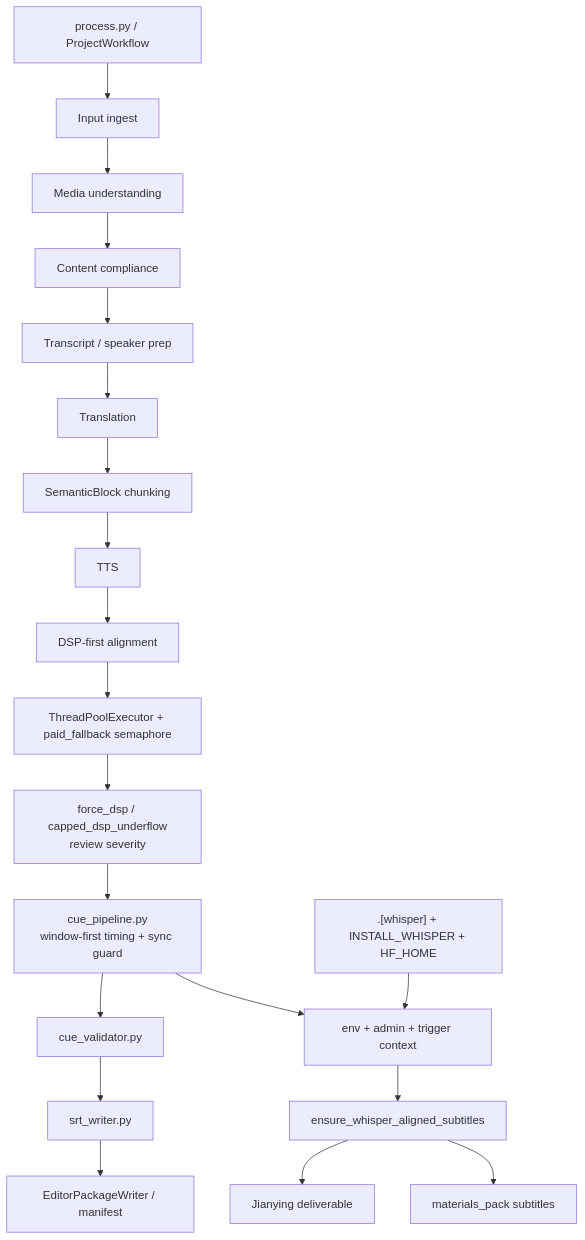
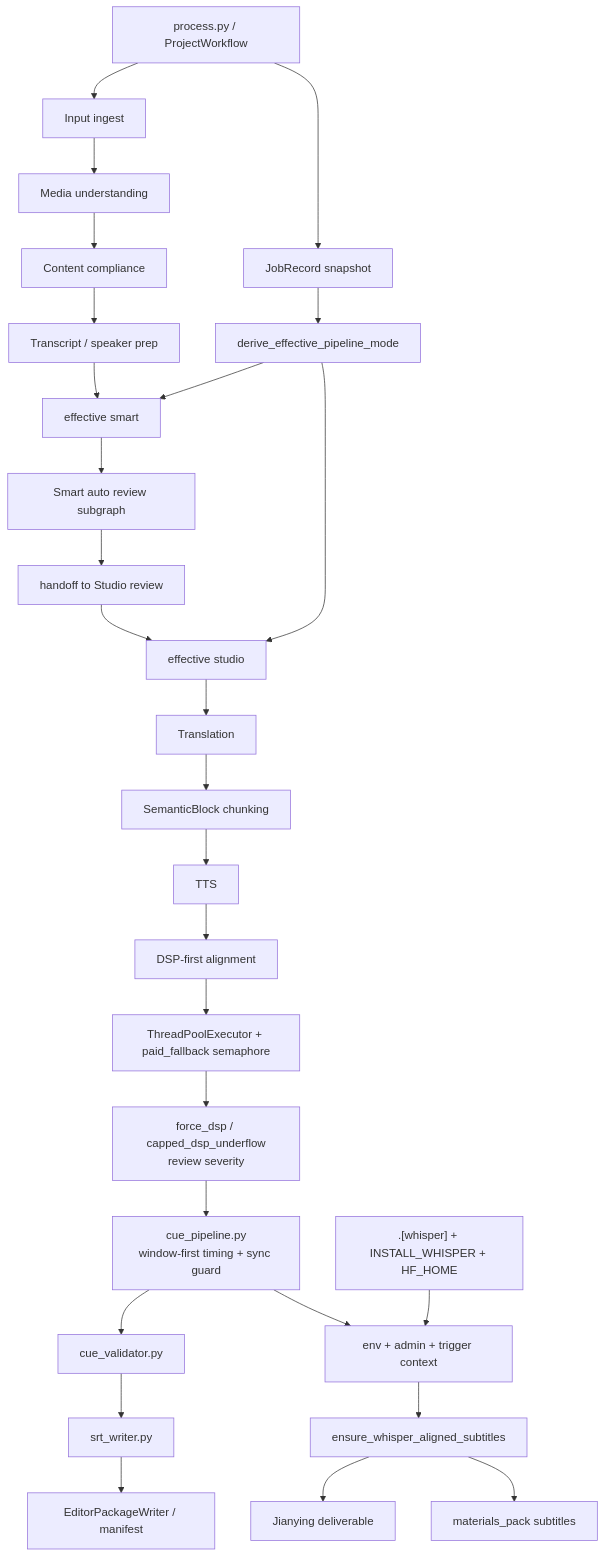
The diagram in docs/graphs/GITNEXUS_WORKFLOW_CORE_GRAPH.md (sun9bear/AITransVideo), drawn with Mermaid before and after one commit. The commit also changed other lines of this file and 12 other files, not shown here.

Commit message:
docs(graphs): refresh GitNexus graphs to d56ac1c

````diff
--- a/docs/graphs/GITNEXUS_WORKFLOW_CORE_GRAPH.md
+++ b/docs/graphs/GITNEXUS_WORKFLOW_CORE_GRAPH.md
@@ -16,24 +16,35 @@
 ```mermaid
 graph TD
-    Entry["process.py / ProjectWorkflow"] --> Ingestion["Input ingest"]
+    Entry["process.py / ProjectWorkflow"] --> Snapshot["JobRecord snapshot"]
+    Snapshot --> Effective["derive_effective_pipeline_mode"]
+    Effective --> SmartMode["effective smart"]
+    Effective --> StudioMode["effective studio"]
+
+    Entry --> Ingestion["Input ingest"]
     Ingestion --> Media["Media understanding"]
     Media --> Compliance["Content compliance"]
     Compliance --> Transcript["Transcript / speaker prep"]
-    Transcript --> Translation["Translation"]
+
+    Transcript --> SmartMode
+    SmartMode --> SmartGraph["Smart auto review subgraph"]
+    SmartGraph --> Handoff["handoff to Studio review"]
+    Handoff --> StudioMode
+
+    StudioMode --> Translation["Translation"]
     Translation --> Blocks["SemanticBlock chunking"]
     Blocks --> TTS["TTS"]
     TTS --> Alignment["DSP-first alignment"]
     Alignment --> Parallel["ThreadPoolExecutor + paid_fallback semaphore"]
     Parallel --> ForceDSP["force_dsp / capped_dsp_underflow<br/>review severity"]
 
     ForceDSP --> CueGate["cue_pipeline.py<br/>window-first timing + sync guard"]
     CueGate --> Validator["cue_validator.py"]
     Validator --> SRT["srt_writer.py"]
     SRT --> Editor["EditorPackageWriter / manifest"]
 
     WhisperCap[".[whisper] + INSTALL_WHISPER + HF_HOME"] --> WhisperGate["env + admin + trigger context"]
     CueGate --> WhisperGate
     WhisperGate --> DeliverableEnsure["ensure_whisper_aligned_subtitles"]
     DeliverableEnsure --> JDraft["Jianying deliverable"]
     DeliverableEnsure --> Pack["materials_pack subtitles"]
 ```
````
